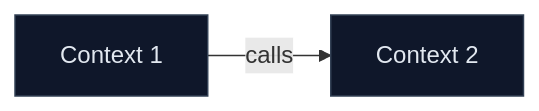
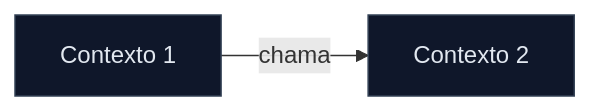
The diagram in pt-br/02-spec-moderna/templates/bounded-contexts.template.md (paulasilvatech/hackathon-datacorp-team-kit), drawn with Mermaid before and after one commit. The commit also changed other lines of this file and 172 other files, not shown here.

````diff
--- a/pt-br/02-spec-moderna/templates/bounded-contexts.template.md
+++ b/pt-br/02-spec-moderna/templates/bounded-contexts.template.md
@@ -42,6 +41,6 @@
 ```mermaid
 flowchart LR
-    CTX1["Context 1"] -->|"calls"| CTX2["Context 2"]
+    CTX1["Contexto 1"] -->|"chama"| CTX2["Contexto 2"]
     classDef ctx fill:#0f172a,stroke:#334155,color:#e2e8f0
     class CTX1,CTX2 ctx
 ```
````
